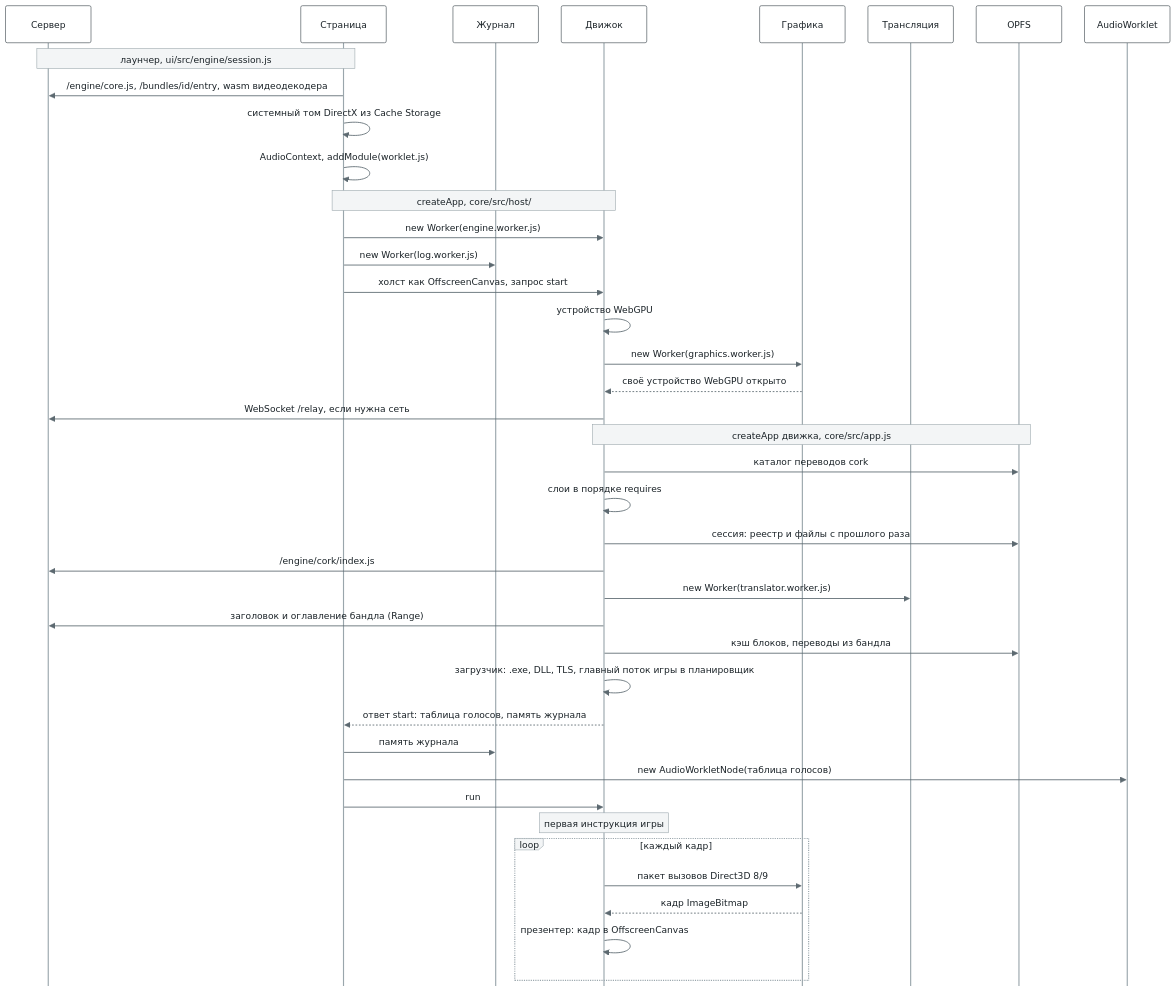
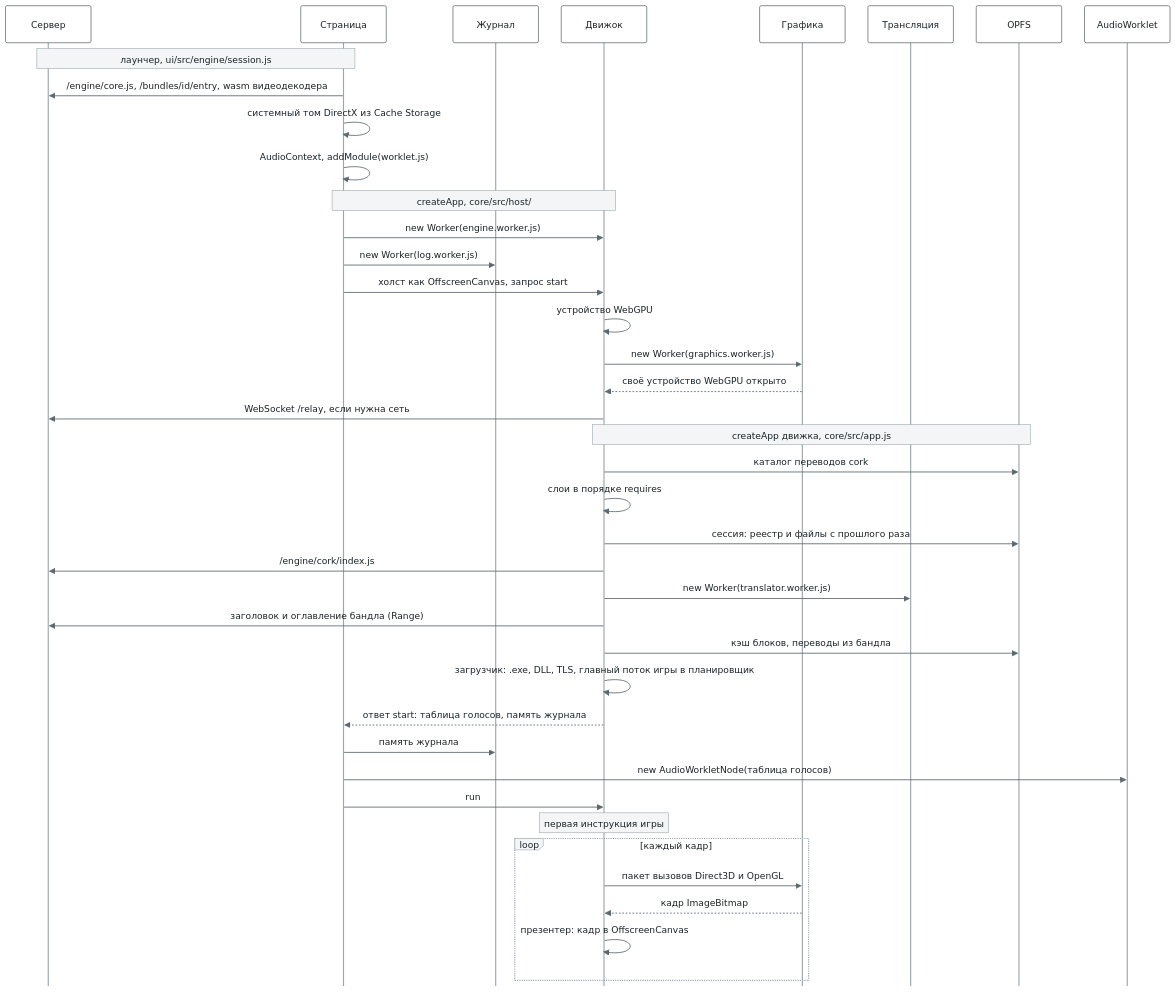
One commit to bottlify/bottlify changed the third of 12 diagrams in docs/architecture.ru.md. Above: the diagram before and after it, drawn with Mermaid. The commit also changed other lines of this file and 1 other file, not shown here.

````diff
--- a/docs/architecture.ru.md
+++ b/docs/architecture.ru.md
@@ -186,43 +186,43 @@
 ```mermaid
 %%{init: {"theme": "base", "sequence": {"mirrorActors": false, "messageMargin": 24, "noteMargin": 8, "actorMargin": 40}, "themeVariables": {"fontFamily": "Inter, Segoe UI, Helvetica, Arial, sans-serif", "fontSize": "13px", "actorBkg": "#FFFFFF", "actorBorder": "#2F3A40", "actorTextColor": "#1B2328", "actorLineColor": "#9AA6AC", "signalColor": "#5C6970", "signalTextColor": "#1B2328", "noteBkgColor": "#F3F5F6", "noteBorderColor": "#9AA6AC", "noteTextColor": "#1B2328", "labelBoxBkgColor": "#F3F5F6", "labelBoxBorderColor": "#9AA6AC", "labelTextColor": "#1B2328", "loopTextColor": "#1B2328"}}}%%
 sequenceDiagram
   participant S as Сервер
   participant P as Страница
   participant K as Журнал
   participant E as Движок
   participant G as Графика
   participant T as Трансляция
   participant O as OPFS
   participant A as AudioWorklet
   Note over S,P: лаунчер, ui/src/engine/session.js
   P->>S: /engine/core.js, /bundles/id/entry, wasm видеодекодера
   P->>P: системный том DirectX из Cache Storage
   P->>P: AudioContext, addModule(worklet.js)
   Note over P,E: createApp, core/src/host/
   P->>E: new Worker(engine.worker.js)
   P->>K: new Worker(log.worker.js)
   P->>E: холст как OffscreenCanvas, запрос start
   E->>E: устройство WebGPU
   E->>G: new Worker(graphics.worker.js)
   G-->>E: своё устройство WebGPU открыто
   E->>S: WebSocket /relay, если нужна сеть
   Note over E,O: createApp движка, core/src/app.js
   E->>O: каталог переводов cork
   E->>E: слои в порядке requires
   E->>O: сессия: реестр и файлы с прошлого раза
   E->>S: /engine/cork/index.js
   E->>T: new Worker(translator.worker.js)
   E->>S: заголовок и оглавление бандла (Range)
   E->>O: кэш блоков, переводы из бандла
   E->>E: загрузчик: .exe, DLL, TLS, главный поток игры в планировщик
   E-->>P: ответ start: таблица голосов, память журнала
   P->>K: память журнала
   P->>A: new AudioWorkletNode(таблица голосов)
   P->>E: run
   Note over E: первая инструкция игры
   loop каждый кадр
-    E->>G: пакет вызовов Direct3D 8/9
+    E->>G: пакет вызовов Direct3D и OpenGL
     G-->>E: кадр ImageBitmap
     E->>E: презентер: кадр в OffscreenCanvas
   end
 ```
````
